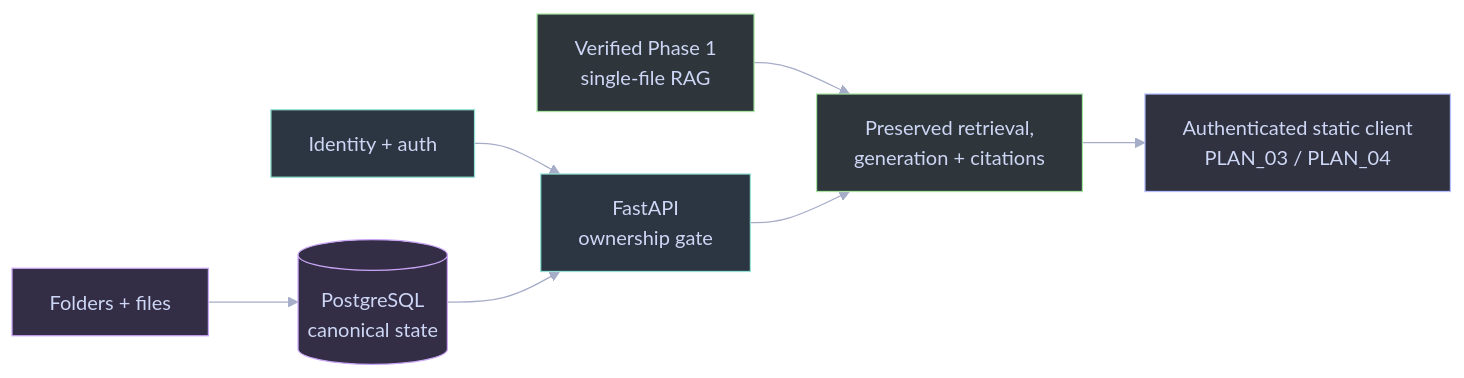
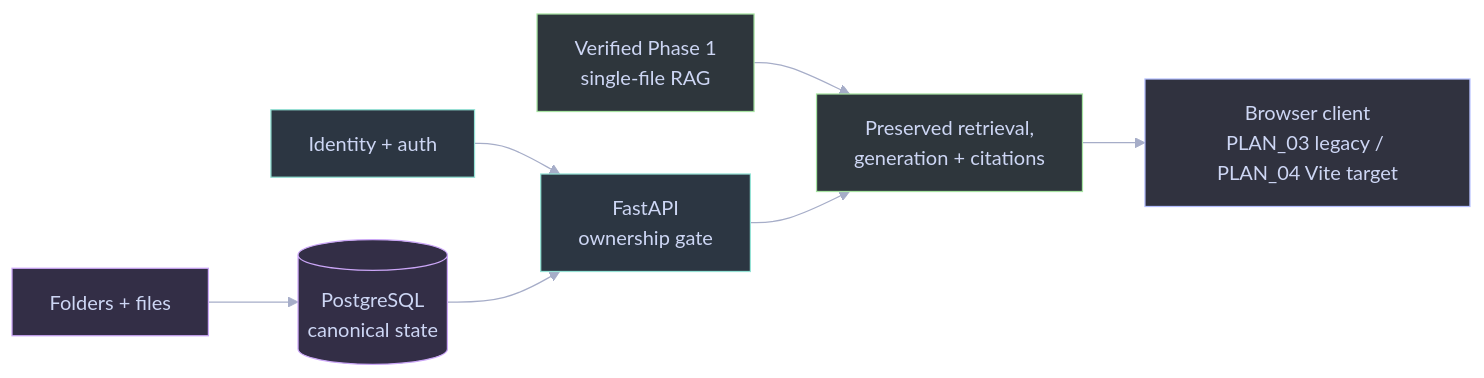
Before and after one commit to RyxnDmello/atlas: the first of 6 diagrams in prompts/PHASE_02/PHASE_02.md, drawn with Mermaid. The commit also changed other lines of this file and 90 other files, not shown here.

First line of the commit message:
feat(client, router): complete Vite migration and retire legacy client

````diff
--- a/prompts/PHASE_02/PHASE_02.md
+++ b/prompts/PHASE_02/PHASE_02.md
@@ -34,22 +34,22 @@
 ```mermaid
 %%{init: {'theme': 'base', 'themeVariables': {'background': '#1e1e2e', 'primaryColor': '#45475a', 'primaryTextColor': '#cdd6f4', 'primaryBorderColor': '#89b4fa', 'lineColor': '#a6adc8', 'secondaryColor': '#313244', 'tertiaryColor': '#181825', 'fontFamily': 'Inter, sans-serif'}}}%%
 flowchart LR
     P1["Verified Phase 1<br/>single-file RAG"] --> RAG["Preserved retrieval,<br/>generation + citations"]
     Identity["Identity + auth"] --> API["FastAPI<br/>ownership gate"]
     Drive["Folders + files"] --> PG[("PostgreSQL<br/>canonical state")]
     PG --> API
     API --> RAG
-    RAG --> UI["Authenticated static client<br/>PLAN_03 / PLAN_04"]
+    RAG --> UI["Browser client<br/>PLAN_03 legacy / PLAN_04 Vite target"]
     class P1 verified;
     class Identity,API service;
     class Drive,PG storage;
     class RAG verified;
     class UI planned;
     classDef client fill:#2b3046,stroke:#89b4fa,stroke-width:1px,color:#cdd6f4;
     classDef service fill:#2c3642,stroke:#94e2d5,stroke-width:1px,color:#cdd6f4;
     classDef storage fill:#332e46,stroke:#cba6f7,stroke-width:1px,color:#cdd6f4;
     classDef verified fill:#2e363c,stroke:#a6e3a1,stroke-width:1px,color:#cdd6f4;
     classDef planned fill:#30323f,stroke:#b4befe,stroke-width:1px,color:#cdd6f4;
     classDef caution fill:#38362e,stroke:#f9e2af,stroke-width:1px,color:#cdd6f4;
     classDef denied fill:#39303d,stroke:#f38ba8,stroke-width:1px,color:#cdd6f4;
 ```
````
